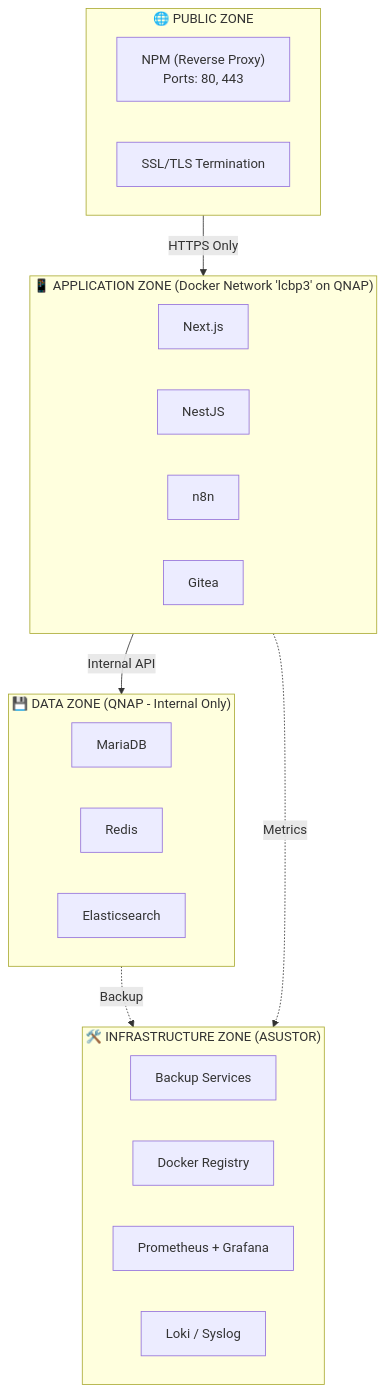
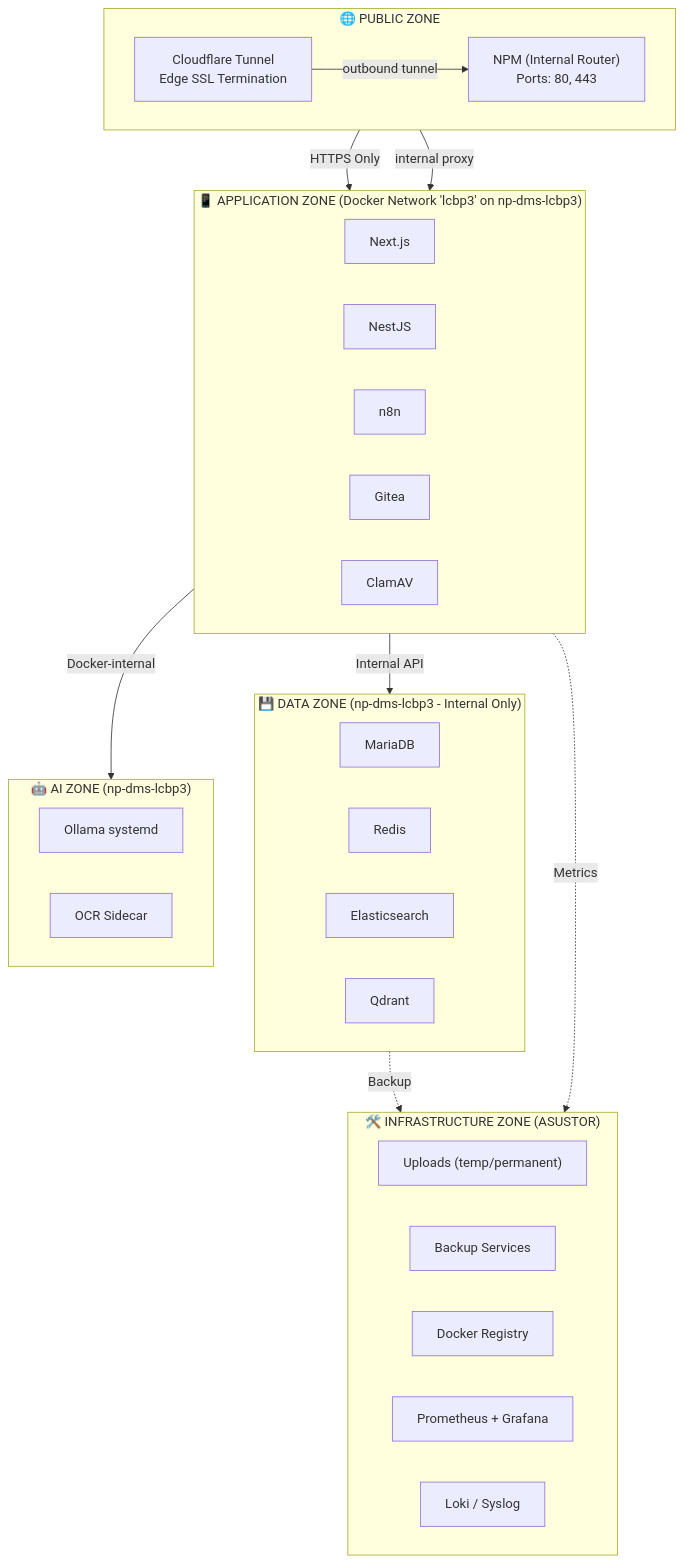
One commit to peancharoen/lcbp3 changed the first of 2 diagrams in specs/02-architecture/02-03-network-design.md. Above: the diagram before and after it, drawn with Mermaid. The commit also changed other lines of this file and 147 other files, not shown here.

````diff
--- a/specs/02-architecture/02-03-network-design.md
+++ b/specs/02-architecture/02-03-network-design.md
@@ -33,36 +33,48 @@
 ```mermaid
 flowchart TB
     subgraph PublicZone["🌐 PUBLIC ZONE"]
         direction LR
-        NPM["NPM (Reverse Proxy)<br/>Ports: 80, 443"]
-        SSL["SSL/TLS Termination"]
+        CF["Cloudflare Tunnel<br/>Edge SSL Termination"]
+        NPM["NPM (Internal Router)<br/>Ports: 80, 443"]
     end
 
-    subgraph AppZone["📱 APPLICATION ZONE (Docker Network 'lcbp3' on QNAP)"]
+    subgraph AppZone["📱 APPLICATION ZONE (Docker Network 'lcbp3' on np-dms-lcbp3)"]
         direction LR
         Frontend["Next.js"]
         Backend["NestJS"]
         N8N["n8n"]
         Gitea["Gitea"]
+        ClamAV["ClamAV"]
     end
 
-    subgraph DataZone["💾 DATA ZONE (QNAP - Internal Only)"]
+    subgraph DataZone["💾 DATA ZONE (np-dms-lcbp3 - Internal Only)"]
         direction LR
         MariaDB["MariaDB"]
         Redis["Redis"]
         ES["Elasticsearch"]
+        Qdrant["Qdrant"]
+    end
+
+    subgraph AIZone["🤖 AI ZONE (np-dms-lcbp3)"]
+        direction LR
+        Ollama["Ollama systemd"]
+        OCR["OCR Sidecar"]
     end
 
     subgraph InfraZone["🛠️ INFRASTRUCTURE ZONE (ASUSTOR)"]
         direction LR
+        Uploads["Uploads (temp/permanent)"]
         Backup["Backup Services"]
         Registry["Docker Registry"]
         Monitoring["Prometheus + Grafana"]
         Logs["Loki / Syslog"]
     end
 
     PublicZone -->|HTTPS Only| AppZone
+    CF -->|outbound tunnel| NPM
+    NPM -->|internal proxy| AppZone
     AppZone -->|Internal API| DataZone
+    AppZone -->|Docker-internal| AIZone
     DataZone -.->|Backup| InfraZone
     AppZone -.->|Metrics| InfraZone
 ```
````
